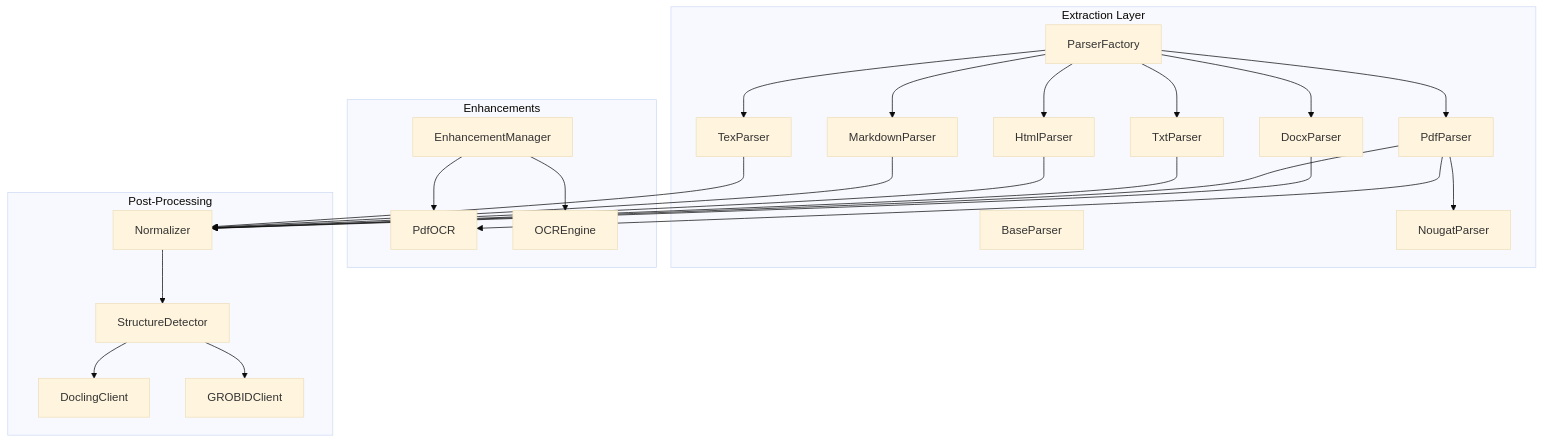
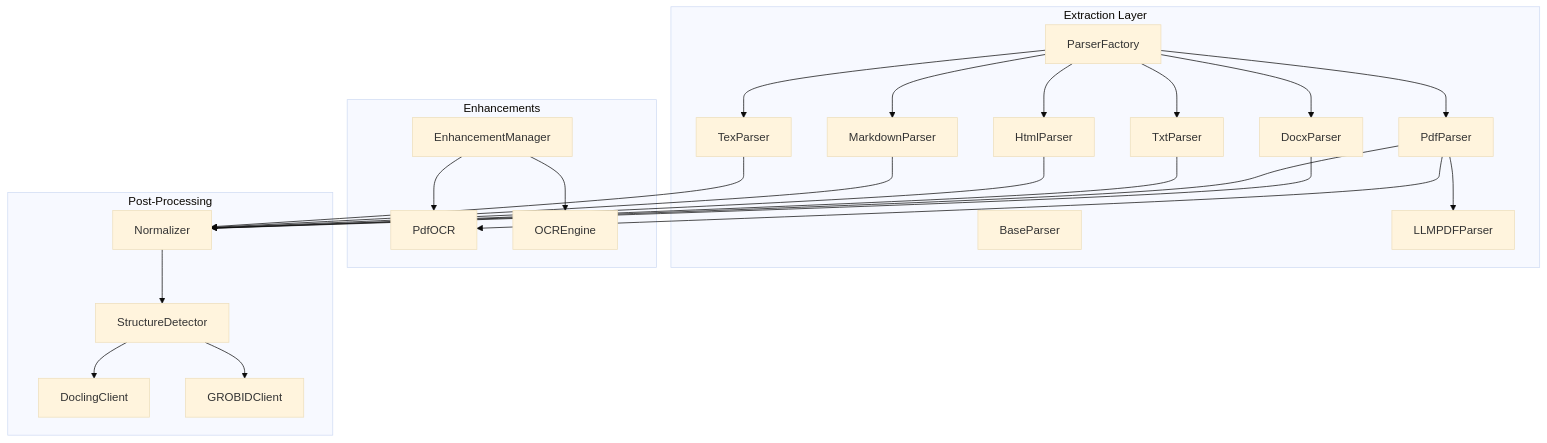
Before and after one commit to rohitkumarnaidu/ScholarFormAI: the first of 6 diagrams in .docs/content/Pipeline Processing/Text Extraction.md, drawn with Mermaid (base theme). The commit also changed other lines of this file and 3 other files, not shown here.

````diff
--- a/.docs/content/Pipeline Processing/Text Extraction.md
+++ b/.docs/content/Pipeline Processing/Text Extraction.md
@@ -49,44 +49,44 @@
 ```mermaid
 graph TB
 subgraph "Extraction Layer"
 PF["ParserFactory"]
 BP["BaseParser"]
 DOCX["DocxParser"]
 PDF["PdfParser"]
 TXT["TxtParser"]
 HTML["HtmlParser"]
 MD["MarkdownParser"]
 TEX["TexParser"]
-NOUGAT["NougatParser"]
+LLMPDF["LLMPDFParser"]
 end
 subgraph "Enhancements"
 EM["EnhancementManager"]
 OCR["PdfOCR"]
 SURYA["OCREngine"]
 end
 subgraph "Post-Processing"
 NORM["Normalizer"]
 STR["StructureDetector"]
 DL["DoclingClient"]
 GBD["GROBIDClient"]
 end
 PF --> DOCX
 PF --> PDF
 PF --> TXT
 PF --> HTML
 PF --> MD
 PF --> TEX
 PDF --> OCR
-PDF --> NOUGAT
+PDF --> LLMPDF
 EM --> OCR
 EM --> SURYA
 DOCX --> NORM
 PDF --> NORM
 TXT --> NORM
 HTML --> NORM
 MD --> NORM
 TEX --> NORM
 NORM --> STR
 STR --> DL
 STR --> GBD
 ```
````
